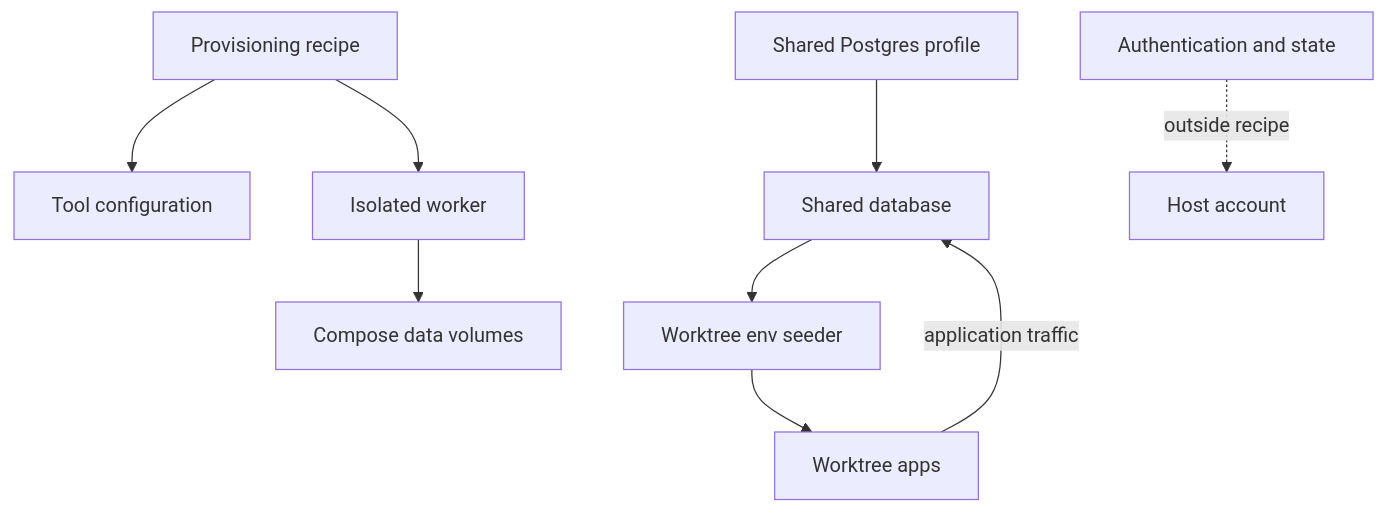
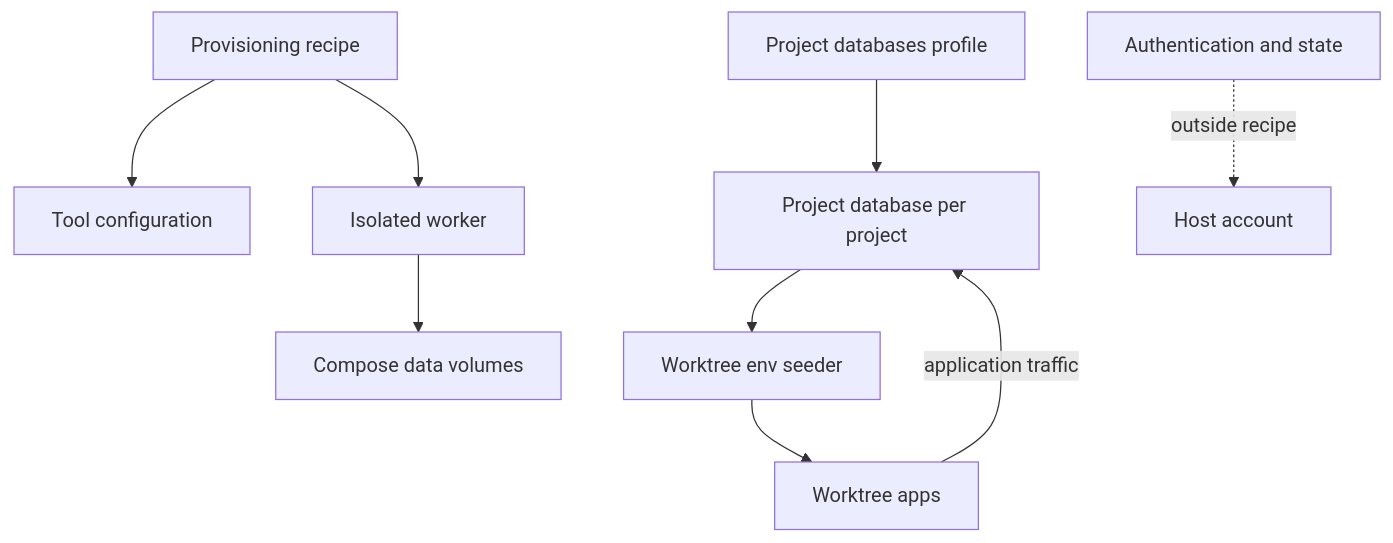
One commit to i098/Crewship changed the sixth of 6 diagrams in docs/architecture.md. Above: the diagram before and after it, drawn with Mermaid. The commit also changed other lines of this file and 3 other files, not shown here.

Commit message:
no-mistakes(document): Rename remaining Shared Postgres doc references to Project databases

````diff
--- a/docs/architecture.md
+++ b/docs/architecture.md
@@ -136,11 +136,11 @@
 ```mermaid
 flowchart TB
     recipe[Provisioning recipe] --> config[Tool configuration]
     recipe --> worker[Isolated worker]
     worker --> volumes[Compose data volumes]
-    profile[Shared Postgres profile] --> stack[Shared database]
+    profile[Project databases profile] --> stack[Project database per project]
     stack --> env[Worktree env seeder]
     env --> apps[Worktree apps]
     apps -->|application traffic| stack
     auth[Authentication and state] -.->|outside recipe| host[Host account]
 ```
````
